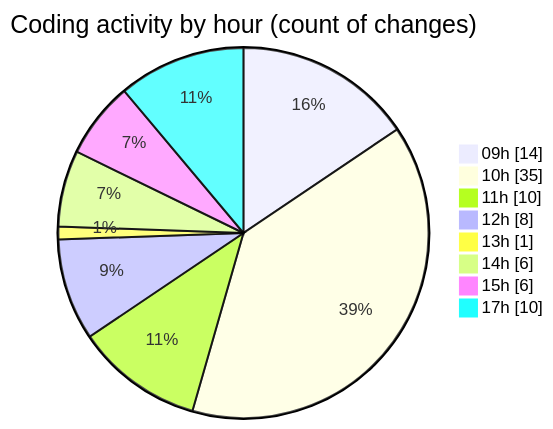
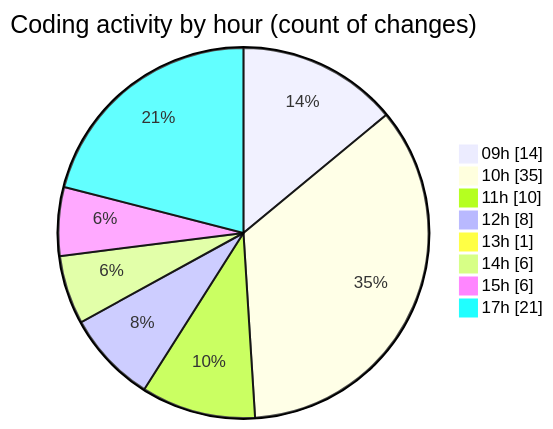
One commit to momahboobian/code-tracking changed the second of 2 diagrams in 2025-11-10/cda/README.md. Above: the diagram before and after it, drawn with Mermaid. The commit also changed other lines of this file and 1 other file, not shown here.

````diff
--- a/2025-11-10/cda/README.md
+++ b/2025-11-10/cda/README.md
@@ -60,12 +60,12 @@
 ```mermaid
 pie showData
 title Coding activity by hour (count of changes)
 "09h" : 14
 "10h" : 35
 "11h" : 10
 "12h" : 8
 "13h" : 1
 "14h" : 6
 "15h" : 6
-"17h" : 10
+"17h" : 21
 ```
````
